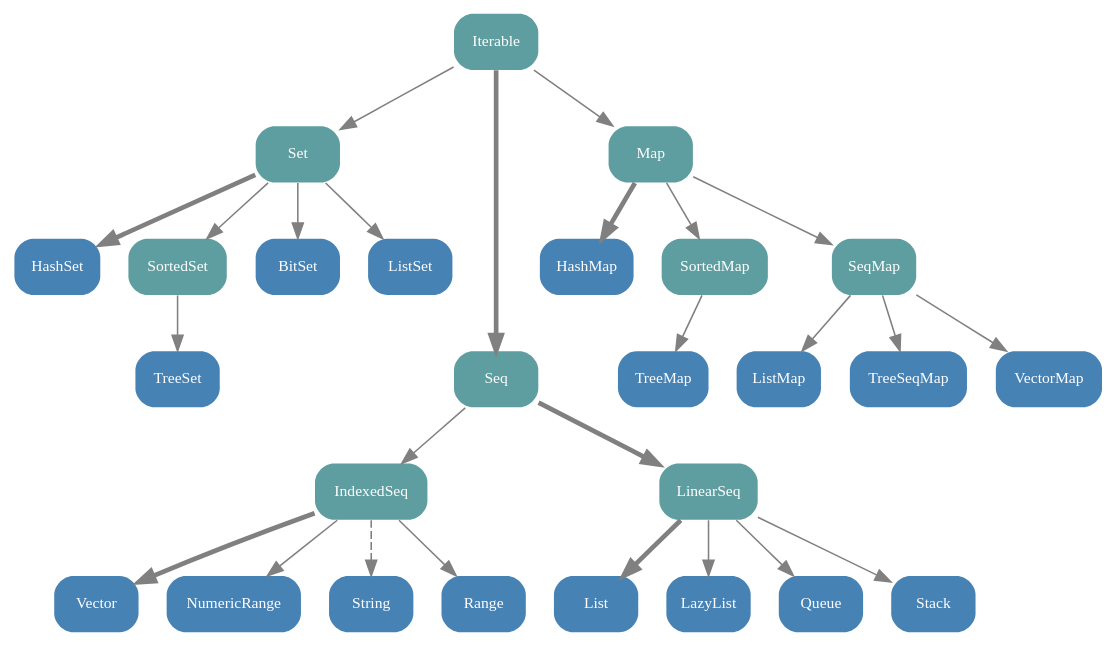
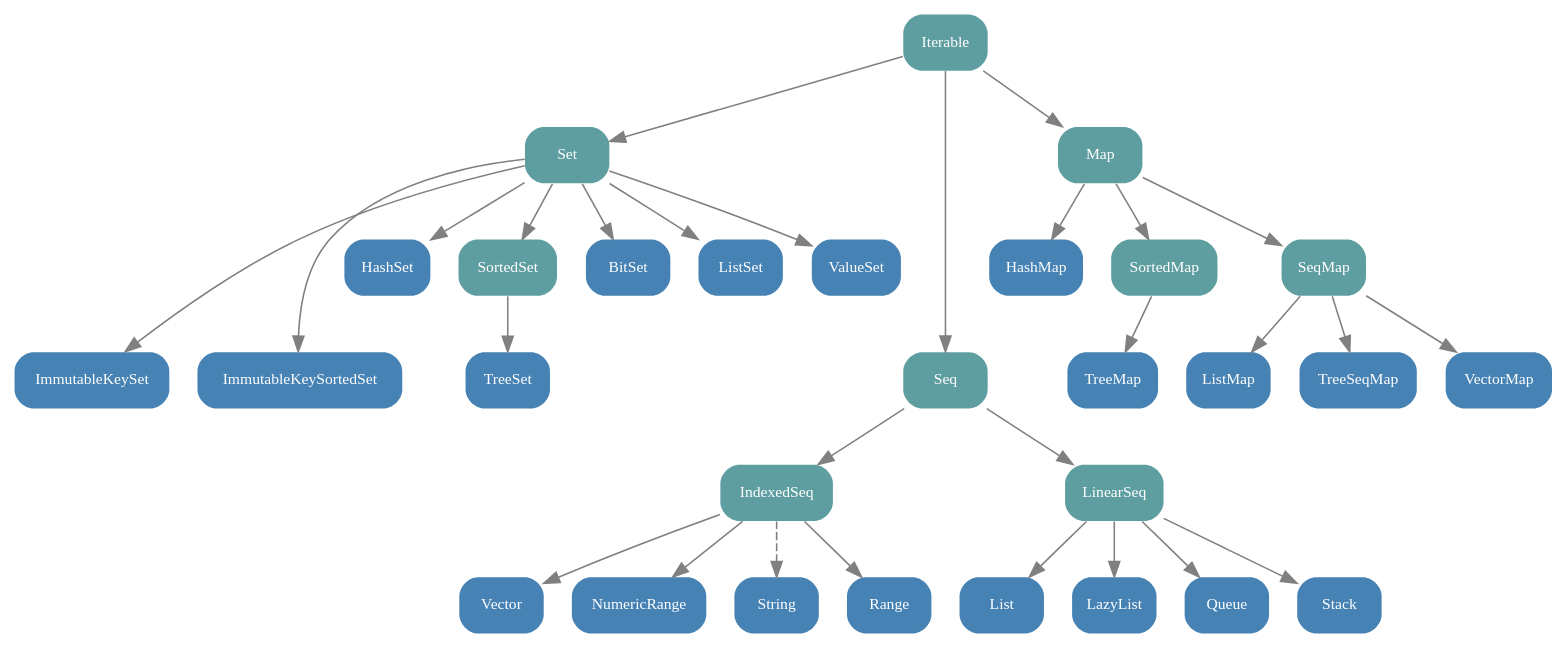
The diagram in src/scala.collection.immutable.gv (er1c/scala-collections-charts), drawn with Graphviz before and after one commit.

Commit message:
Immutable collections looking good

```diff
--- a/src/scala.collection.immutable.gv
+++ b/src/scala.collection.immutable.gv
@@ -1,75 +1,81 @@
 // dot graphs for the Scala 2.13 Collections API
 // package scala.collection.immutable
 // (C) 2010 by Mathias
 // (C) 2015 and 2019 by Mike Slinn
 
 digraph "scala.collection.immutable" {
   bgcolor=transparent
   dpi=68
 
   // layout help
   node [shape=point, style=invis]
   edge [style=invis]
   Level0 -> Level1 -> Level2 -> Level3 -> Level4 -> Level5
 
   // node definitions
   node [shape=box, style="rounded, filled", fontname=tahoma, fontsize=10, fontcolor=white, color=none, fillcolor=cadetblue]
     iIterable [label="Iterable", URL="http://www.scala-lang.org/api/current/scala/collection/immutable/Iterable.html"]
       iSet [label="Set", URL="http://www.scala-lang.org/api/current/scala/collection/immutable/Set.html"]
+        ImmutableKeySet [fillcolor="steelblue", URL="http://www.scala-lang.org/api/current/scala/collection/immutable/ImmutableKeySet.html"]
+        ImmutableKeySortedSet [fillcolor="steelblue", URL="http://www.scala-lang.org/api/current/scala/collection/immutable/ImmutableKeySortedSet.html"]
         iHashSet [fillcolor="steelblue", label="HashSet", URL="http://www.scala-lang.org/api/current/scala/collection/immutable/HashSet.html"]
         iSortedSet [label="SortedSet", URL="http://www.scala-lang.org/api/current/scala/collection/immutable/SortedSet.html"]
           TreeSet [fillcolor="steelblue", URL="http://www.scala-lang.org/api/current/scala/collection/immutable/TreeSet.html"]
         iBitSet [fillcolor="steelblue", label="BitSet", URL="http://www.scala-lang.org/api/current/scala/collection/immutable/BitSet.html"]
         ListSet [fillcolor="steelblue", URL="http://www.scala-lang.org/api/current/scala/collection/immutable/ListSet.html"]
+        ValueSet [fillcolor="steelblue", URL="http://www.scala-lang.org/api/current/scala/collection/immutable/ValueSet.html"]
       iSeq [label="Seq", URL="http://www.scala-lang.org/api/current/scala/collection/immutable/Seq.html"]
         iIndexedSeq [label="IndexedSeq", URL="http://www.scala-lang.org/api/current/scala/collection/immutable/IndexedSeq.html"]
           Vector [fillcolor="steelblue", URL="http://www.scala-lang.org/api/current/scala/collection/immutable/Vector.html"]
           NumericRange [fillcolor="steelblue", URL="http://www.scala-lang.org/api/current/scala/collection/immutable/NumericRange.html"]
           String [fillcolor="steelblue", URL="http://download.oracle.com/javase/6/docs/api/java/lang/String.html"]
           Range [fillcolor="steelblue", URL="http://www.scala-lang.org/api/current/scala/collection/immutable/Range.html"]
         iLinearSeq [label="LinearSeq", URL="http://www.scala-lang.org/api/current/scala/collection/immutable/LinearSeq.html"]
           List [fillcolor="steelblue", URL="http://www.scala-lang.org/api/current/scala/collection/immutable/List.html"]
           LazyList [fillcolor="steelblue", URL="http://www.scala-lang.org/api/current/scala/collection/immutable/LazyList.html"]
           iQueue [fillcolor="steelblue", label="Queue", URL="http://www.scala-lang.org/api/current/scala/collection/immutable/Queue.html"]
           iStack [fillcolor="steelblue", label="Stack", URL="http://www.scala-lang.org/api/current/scala/collection/immutable/Stack.html"]
       iMap [label="Map", URL="http://www.scala-lang.org/api/current/scala/collection/immutable/Map.html"]
         iHashMap [fillcolor="steelblue", label="HashMap", URL="http://www.scala-lang.org/api/current/scala/collection/immutable/HashMap.html"]
         iSortedMap [label="SortedMap", URL="http://www.scala-lang.org/api/current/scala/collection/immutable/SortedMap.html"]
           TreeMap [fillcolor="steelblue", URL="http://www.scala-lang.org/api/current/scala/collection/immutable/TreeMap.html"]
       iSeqMap [label="SeqMap", URL="http://www.scala-lang.org/api/current/scala/collection/immutable/SeqMap.html"]
         iListMap [fillcolor="steelblue", label="ListMap", URL="http://www.scala-lang.org/api/current/scala/collection/immutable/ListMap.html"]
         iTreeSeqMap [fillcolor="steelblue", label="TreeSeqMap", URL="http://www.scala-lang.org/api/current/scala/collection/immutable/TreeSeqMap.html"]
         iVectorMap [fillcolor="steelblue", label="VectorMap", URL="http://www.scala-lang.org/api/current/scala/collection/immutable/VectorMap.html"]
 
   // layout help
   { rank=same; Level0; iIterable }
   { rank=same; Level1; iSet; iMap }
-  { rank=same; Level2; iSeqMap }
-  { rank=same; Level3; iListMap; iSeq; iTreeSeqMap; iVectorMap }
+  { rank=same; Level2; iSeqMap; iSortedSet; iHashSet }
+  { rank=same; Level3; iListMap; ImmutableKeySet; ImmutableKeySortedSet; iSeq; iTreeSeqMap; iVectorMap }
   { rank=same; Level4; iIndexedSeq; iLinearSeq }
 
   // edge definitions
   edge [style=solid, color=gray]
-  iIterable -> iSeq [penwidth=3]
+  iIterable -> iSeq
+  iIterable -> iSet
+  iIterable -> iMap
+  iLinearSeq -> LazyList
+  iLinearSeq -> iQueue
+  iLinearSeq -> iStack
   iSeq -> iIndexedSeq
-  iIndexedSeq -> Vector [penwidth=3]
+  iSeq -> iLinearSeq -> List
+  iIndexedSeq -> Vector
   iIndexedSeq -> NumericRange
   iIndexedSeq -> Range
   iIndexedSeq -> String [style=dashed, URL="http://www.scala-lang.org/api/current/scala/collection/immutable/StringOps.html"]
-  iSeq -> iLinearSeq -> List [penwidth=3]
-  iLinearSeq -> LazyList
-  iLinearSeq -> iQueue
-  iLinearSeq -> iStack
-  iIterable -> iSet
-  iSet -> iHashSet [penwidth=3]
+  iSet -> iHashSet
   iSet -> iSortedSet -> TreeSet
   iSet -> iBitSet
+  iSet -> ImmutableKeySet
+  iSet -> ImmutableKeySortedSet
   iSet -> ListSet
-  iIterable -> iMap
-  iMap -> iHashMap [penwidth=3]
+  iSet -> ValueSet
+  iMap -> iHashMap
   iMap -> iSortedMap -> TreeMap
   iMap -> iSeqMap
   iSeqMap -> iListMap
   iSeqMap -> iTreeSeqMap
   iSeqMap -> iVectorMap
 }
```
